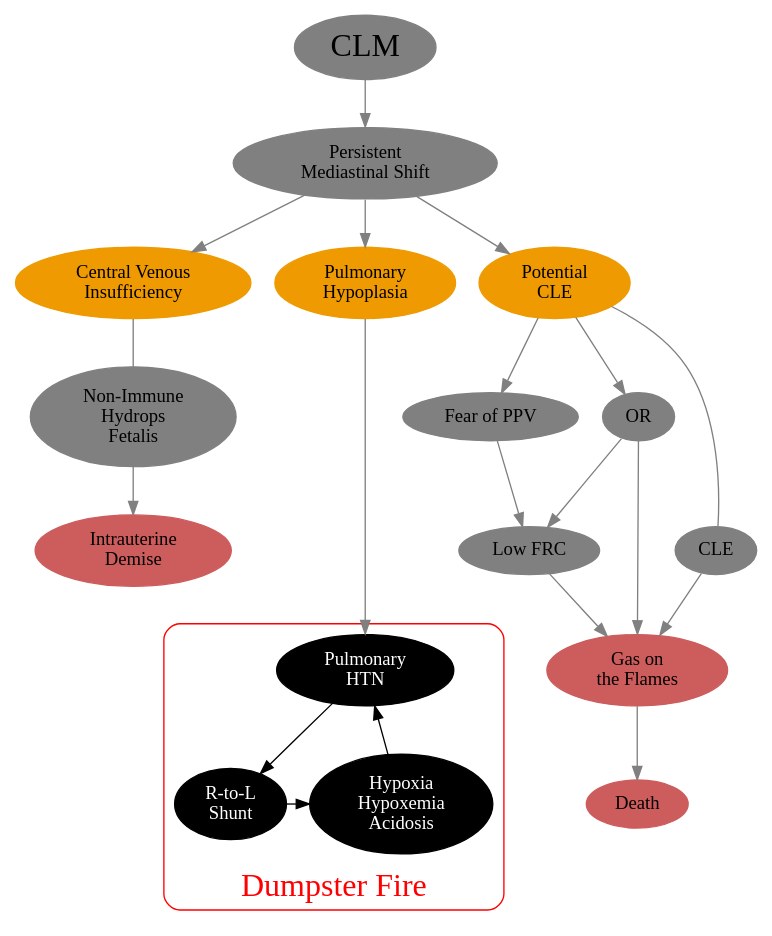
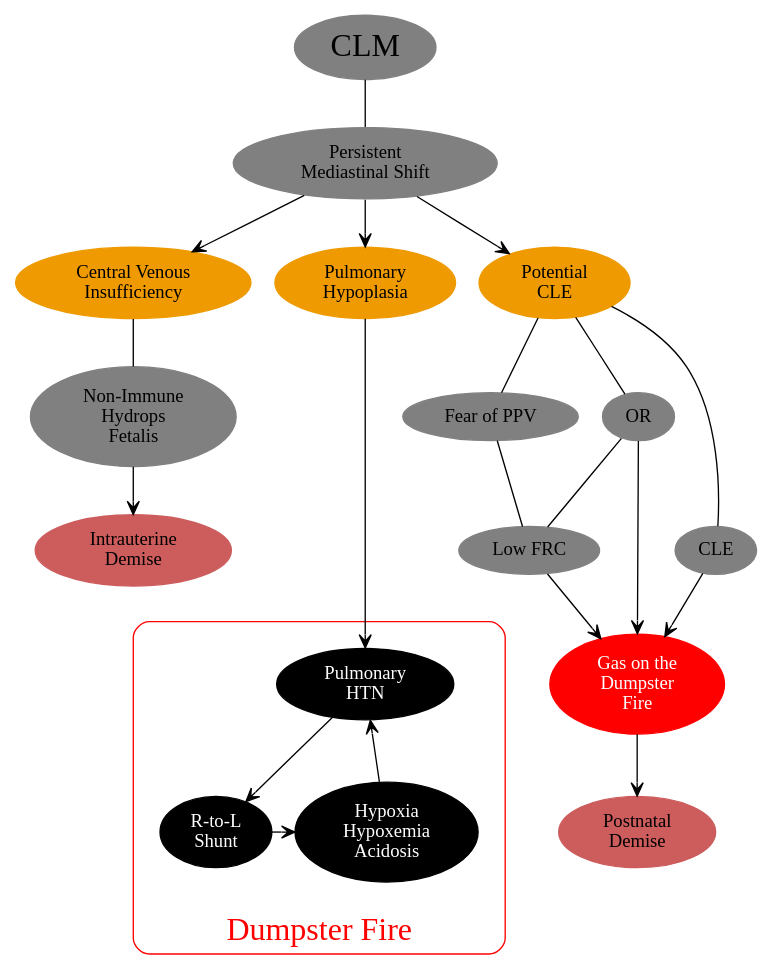
One commit to mdtsandman/CLO changed the diagram in CLO3.dot. Above: the diagram before and after it, drawn with Graphviz. The commit also changed 2 other files, not shown here.

```diff
--- a/CLO3.dot
+++ b/CLO3.dot
@@ -1,61 +1,62 @@
 digraph Risks {
 
 rankdir=TB;
 newrank=true;
 compound=true;
 
 node [color=grey style=filled fillcolor=grey];
-edge [color=grey];
+edge [arrowhead=vee];
 
 CLM [label="CLM" fontsize=24];
 PMS [label="Persistent\nMediastinal Shift"];
 CVP [label="Central Venous\nInsufficiency" style=filled fillcolor=orange2 color=orange2];
 PHP [label="Pulmonary\nHypoplasia" style=filled fillcolor=orange2 color=orange2];
 MaybeCLE [label="Potential\nCLE" style=filled fillcolor=orange2 color=orange2];
 NIHF [label="Non-Immune\nHydrops\nFetalis"];
 OR [label="OR"];
 Fear [label="Fear of PPV"];
 FRC [label="Low FRC"];
 CLE [label="CLE"];
 IUD [label="Intrauterine\nDemise" style=filled fillcolor=indianred color=indianred];
-Catalyst [label="Gas on\nthe Flames" style=filled fillcolor=indianred color=indianred];
-Death [label="Death" style=filled fillcolor=indianred color=indianred];
+Catalyst [label="Gas on the\nDumpster\nFire" fontcolor=white style=filled fillcolor=red color=red];
+Death [label="Postnatal\nDemise" style=filled fillcolor=indianred color=indianred];
 
 subgraph ClusterFuck {
 
 	style=rounded;
+	margin=20;
 	color=red;
 	fontcolor=red;
 	fontsize=24;
 	label="Dumpster Fire";
 	labelloc=b;
 
 	PHTN [label="Pulmonary\nHTN" style=filled fontcolor=white fillcolor=black color=black];
 	Shunt [label="R-to-L\nShunt" style=filled fontcolor=white fillcolor=black color=black];
 	Badness [label="Hypoxia\nHypoxemia\nAcidosis" style=filled fontcolor=white fillcolor=black color=black];
 
 	PHTN -> Shunt -> Badness -> PHTN[color=black];
 
 }
 
 {rank=same CVP PHP MaybeCLE};
 {rank=same NIHF Fear OR};
 {rank=same IUD FRC CLE};
 {rank=same PHTN Catalyst};
 {rank=same Shunt Badness Death};
 
-CLM -> PMS;
+CLM -> PMS [arrowhead=none];
 PMS -> {CVP, PHP, MaybeCLE};
-CVP -> NIHF[arrowhead=none];
+CVP -> NIHF [arrowhead=none];
 NIHF -> IUD;
-MaybeCLE -> {Fear OR} -> FRC;
-MaybeCLE -> CLE[arrowhead=none];
+MaybeCLE -> {Fear OR}->FRC [arrowhead=none]
+MaybeCLE -> CLE [arrowhead=none];
 CLE -> Catalyst;
-PHP -> PHTN[weight=200]
+PHP -> PHTN [weight=200]
 {OR FRC} -> Catalyst;
 CVP -> PHP -> MaybeCLE [style=invis];
 Fear -> OR [style=invis];
 FRC -> CLE [style=invis];
 Catalyst -> Death;
 
 }
```
